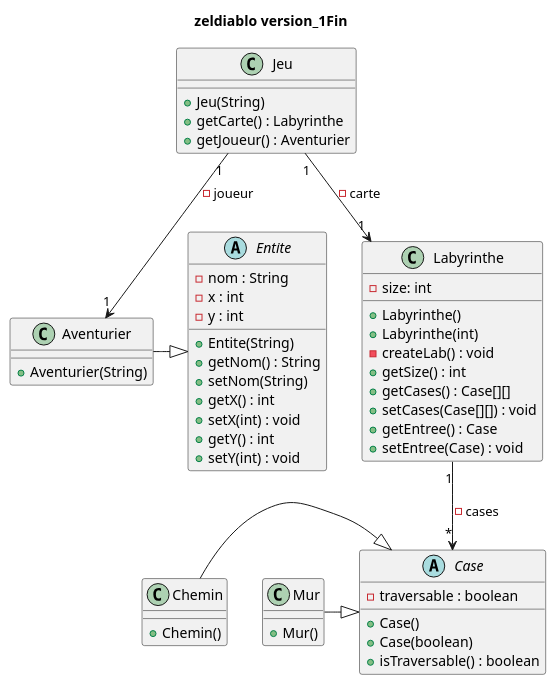
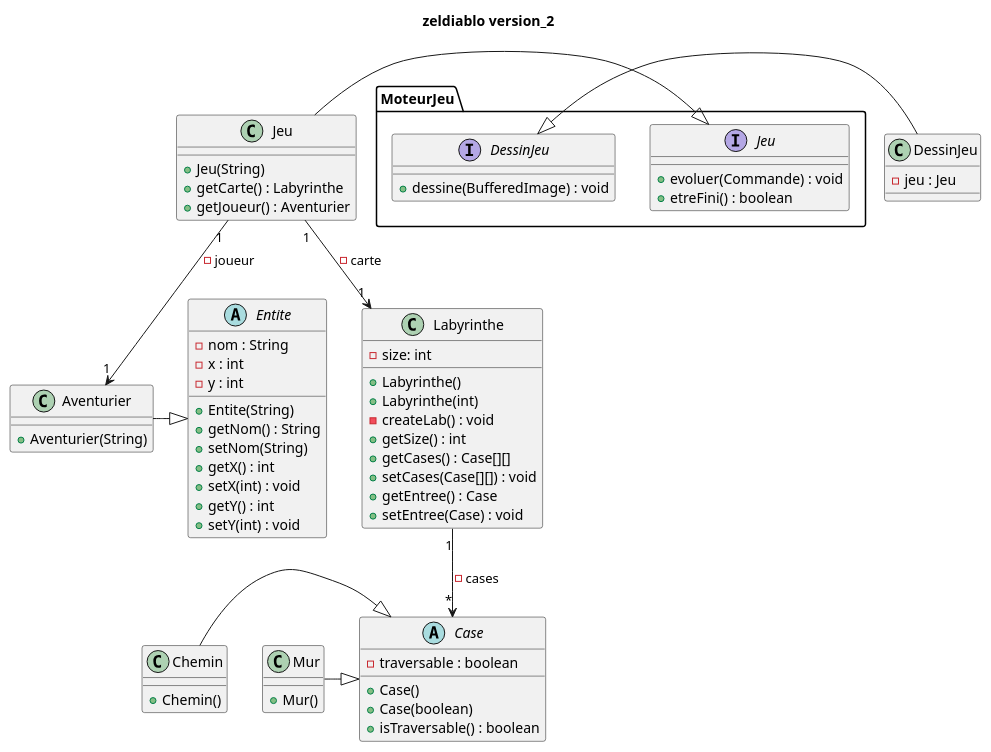
Before and after one commit to toxicbloud/Zeldiablo: the diagram in documents/version_2/diagramme_classe_version_2.puml, drawn with PlantUML.

Commit message:
debut diagramme class zeldiablo v2

```diff
--- a/documents/version_2/diagramme_classe_version_2.puml
+++ b/documents/version_2/diagramme_classe_version_2.puml
@@ -1,72 +1,87 @@
 @startuml
-title zeldiablo version_1Fin
+title zeldiablo version_2
 
 class Jeu{
 
     + Jeu(String)
     + getCarte() : Labyrinthe
     + getJoueur() : Aventurier
 }
 
 abstract class Case{
     - traversable : boolean
     + Case()
     + Case(boolean)
     + isTraversable() : boolean
 }
 
 class Chemin{
 
     + Chemin()
 }
 
 class Mur{
 
     + Mur()
 }
 
 class Labyrinthe{
 
     - size: int
 
     + Labyrinthe()
     + Labyrinthe(int)
     - createLab() : void
     + getSize() : int
     + getCases() : Case[][]
     + setCases(Case[][]) : void
     + getEntree() : Case
     + setEntree(Case) : void
 }
 
 
 
 abstract class Entite{
 
     - nom : String
     - x : int
     - y : int
 
     + Entite(String)
     + getNom() : String
     + setNom(String)
     + getX() : int
     + setX(int) : void
     + getY() : int
     + setY(int) : void
 
 }
 
 class Aventurier{
 
     + Aventurier(String)
 }
 
+class DessinJeu{
+    - jeu : Jeu
+}
+
+interface MoteurJeu.DessinJeu{
+    + dessine(BufferedImage) : void
+}
+
+interface MoteurJeu.Jeu{
+    + evoluer(Commande) : void
+    + etreFini() : boolean
+}
+
 Labyrinthe "1" --> "*" Case : - cases
 Chemin -|> Case
 Mur -|> Case
+Jeu -|> MoteurJeu.Jeu
+DessinJeu -|> MoteurJeu.DessinJeu
 Aventurier -|> Entite
 Jeu "1" --> "1" Labyrinthe : - carte
 Jeu "1" --> "1" Aventurier : - joueur
 
 @enduml
```
